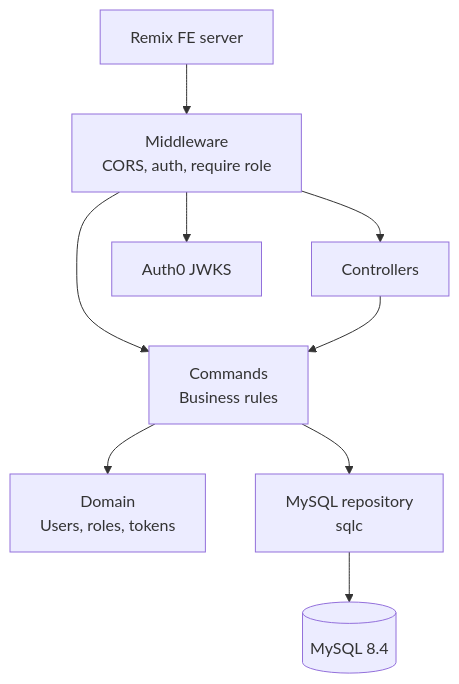
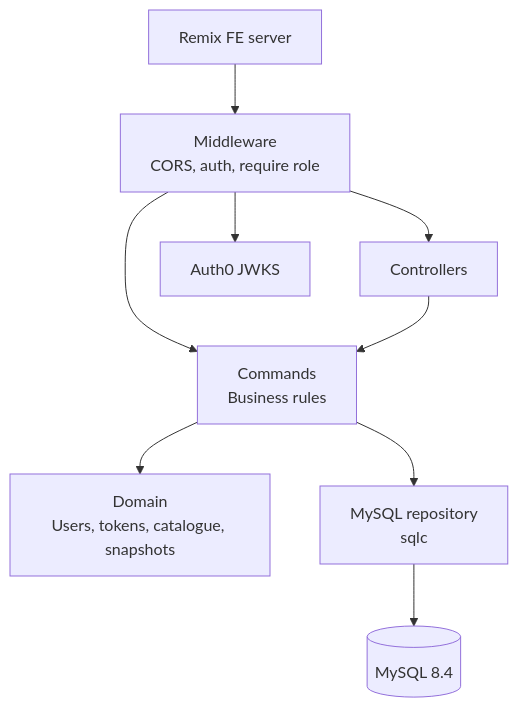
The diagram in README.md (jbeshir/bardic-torch), drawn with Mermaid before and after one commit. The commit also changed other lines of this file and 4 other files, not shown here.

````diff
--- a/README.md
+++ b/README.md
@@ -30,20 +52,20 @@
 ```mermaid
 graph TD
     FE[Remix FE server]
     MW[Middleware<br/>CORS, auth, require role]
     CTRL[Controllers]
     CMD[Commands<br/>Business rules]
-    DOM[Domain<br/>Users, roles, tokens]
+    DOM[Domain<br/>Users, tokens, catalogue, snapshots]
     REPO[MySQL repository<br/>sqlc]
     DB[(MySQL 8.4)]
     AUTH0[Auth0 JWKS]
 
     FE --> MW
     MW --> AUTH0
     MW --> CMD
     MW --> CTRL
     CTRL --> CMD
     CMD --> DOM
     CMD --> REPO
     REPO --> DB
 ```
````
